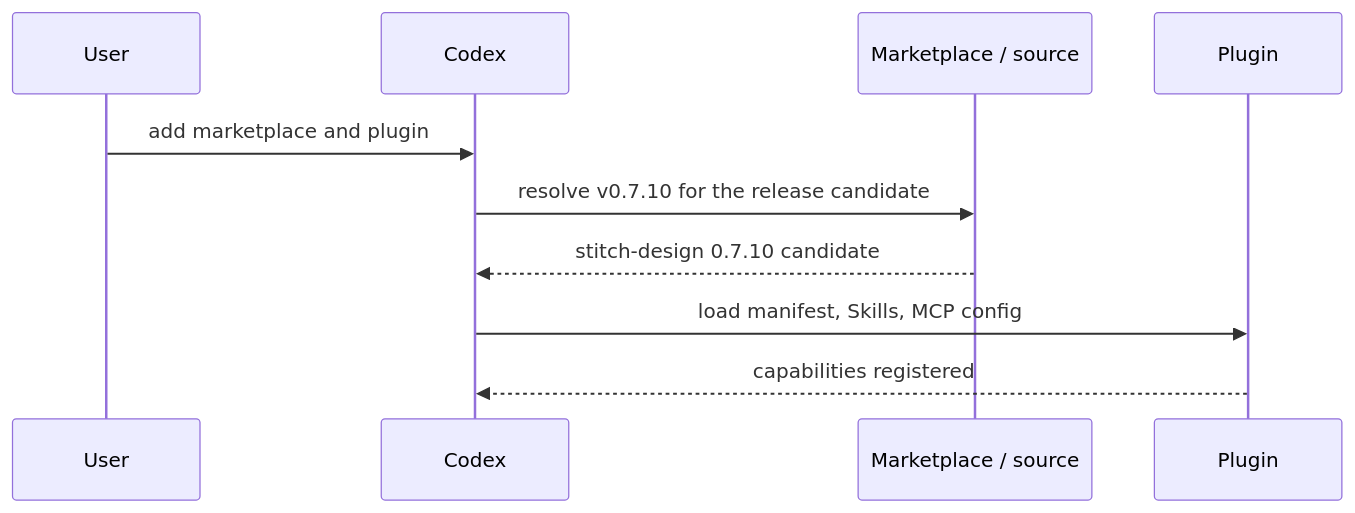
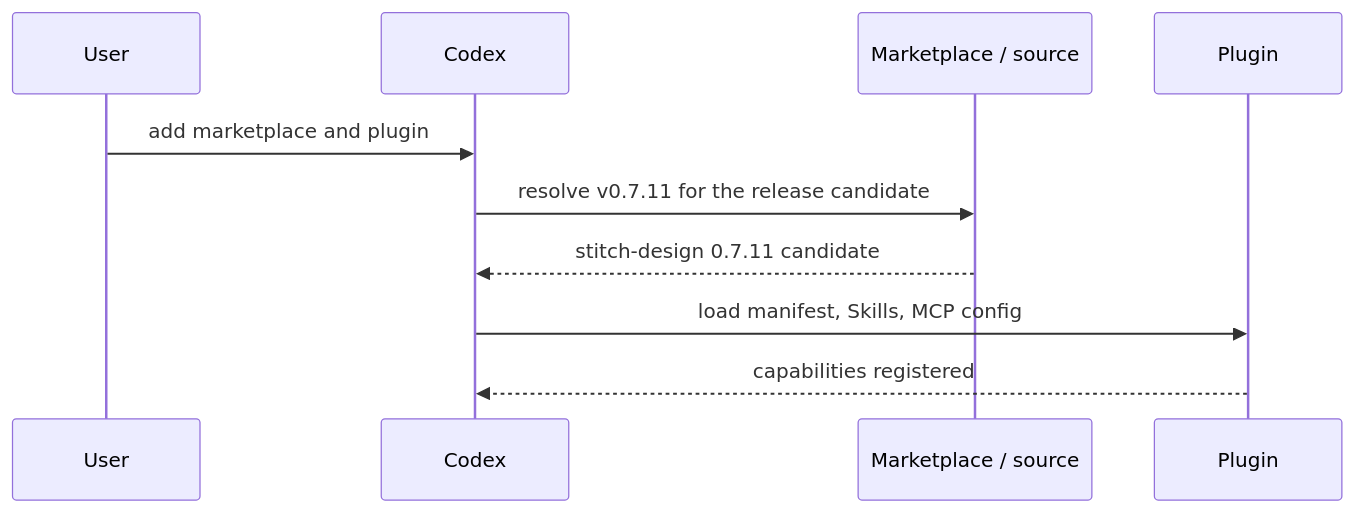
One commit to full-stack-plugins/stitch-design-plugin changed the seventh of 11 diagrams in docs/Stitch-Design-Architecture.md. Above: the diagram before and after it, drawn with Mermaid. The commit also changed other lines of this file and 15 other files, not shown here.

````diff
--- a/docs/Stitch-Design-Architecture.md
+++ b/docs/Stitch-Design-Architecture.md
@@ -175,12 +175,12 @@
 ```mermaid
 sequenceDiagram
     participant U as User
     participant C as Codex
     participant M as Marketplace / source
     participant P as Plugin
     U->>C: add marketplace and plugin
-    C->>M: resolve v0.7.10 for the release candidate
-    M-->>C: stitch-design 0.7.10 candidate
+    C->>M: resolve v0.7.11 for the release candidate
+    M-->>C: stitch-design 0.7.11 candidate
     C->>P: load manifest, Skills, MCP config
     P-->>C: capabilities registered
 ```
````
